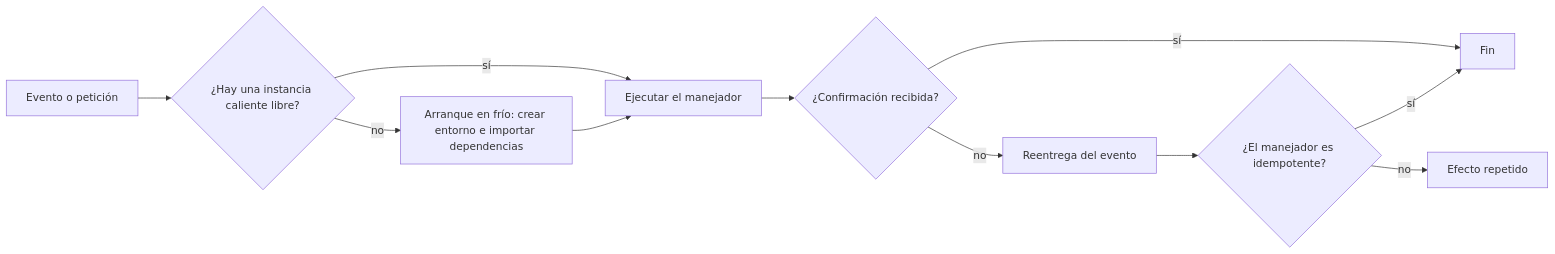
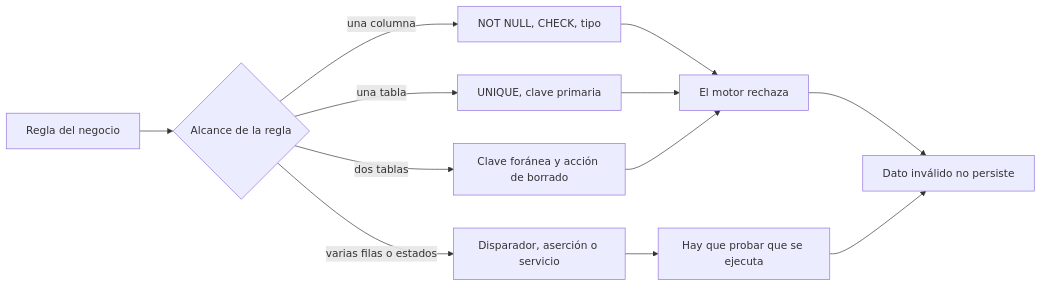
One commit to vladimiracunadev-create/modern-software-engineering-program changed the diagram in content/part-29/SE-352.md. Above: the diagram before and after it, drawn with Mermaid. The commit also changed other lines of this file and 5193 other files, not shown here.

````diff
--- a/content/part-29/SE-352.md
+++ b/content/part-29/SE-352.md
@@ -55,13 +54,14 @@
 ```mermaid
 flowchart LR
-    A[Evento o petición] --> B{¿Hay una instancia caliente libre?}
-    B -->|sí| C[Ejecutar el manejador]
-    B -->|no| D[Arranque en frío: crear entorno e importar dependencias]
-    D --> C
-    C --> E{¿Confirmación recibida?}
-    E -->|sí| F[Fin]
-    E -->|no| G[Reentrega del evento]
-    G --> H{¿El manejador es idempotente?}
-    H -->|no| I[Efecto repetido]
-    H -->|sí| F
+    A[Regla del negocio] --> B{Alcance de la regla}
+    B -->|una columna| C[NOT NULL, CHECK, tipo]
+    B -->|una tabla| D[UNIQUE, clave primaria]
+    B -->|dos tablas| E[Clave foránea y acción de borrado]
+    B -->|varias filas o estados| F[Disparador, aserción o servicio]
+    C --> G[El motor rechaza]
+    D --> G
+    E --> G
+    F --> H[Hay que probar que se ejecuta]
+    G --> I[Dato inválido no persiste]
+    H --> I
 ```
````
